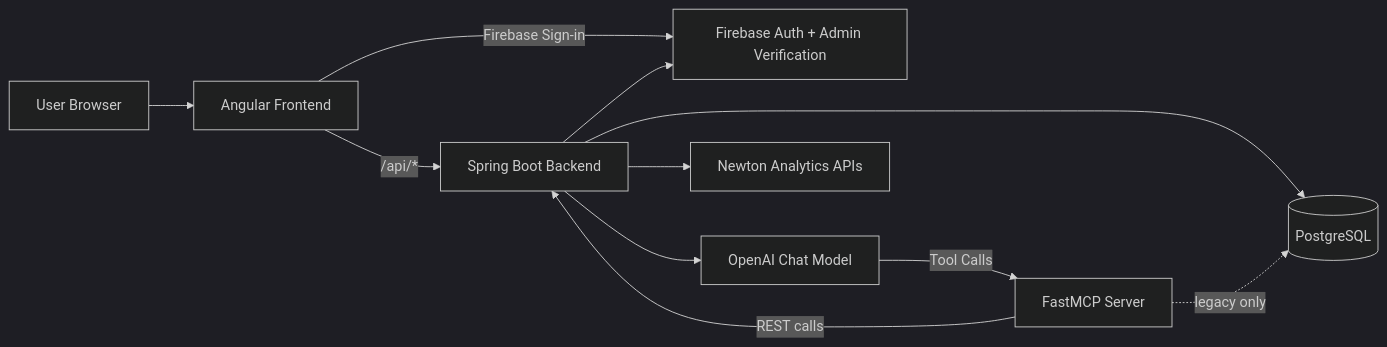
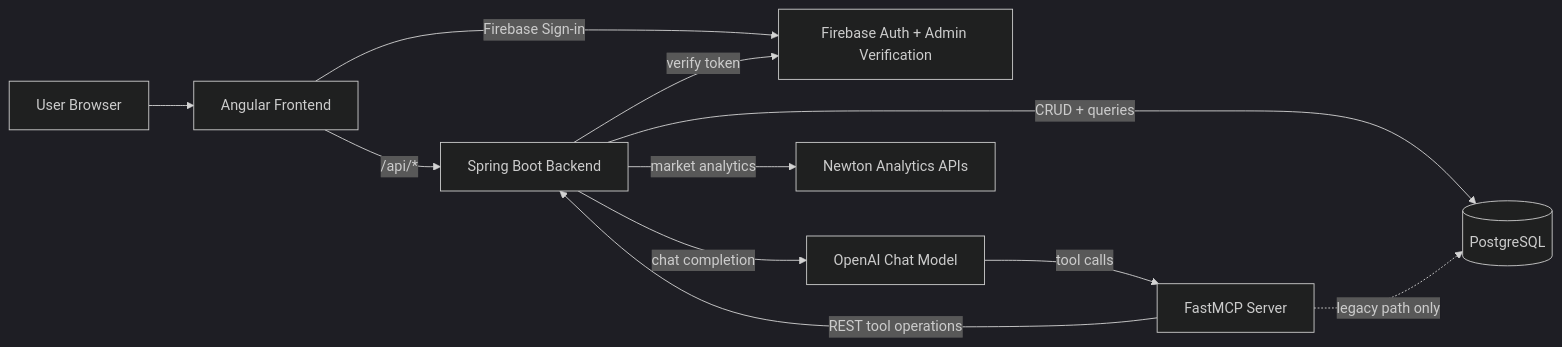
Before and after one commit to ifidone/GS-ELS-Group3: the first of 13 diagrams in README.md, drawn with Mermaid (dark theme). The commit also changed other lines of this file, not shown here.

````diff
--- a/README.md
+++ b/README.md
@@ -67,23 +82,23 @@
 ```mermaid
 flowchart LR
     U[User Browser]
     FE[Angular Frontend]
     BE[Spring Boot Backend]
     MCP[FastMCP Server]
     DB[(PostgreSQL)]
     FB[Firebase Auth + Admin Verification]
     OA[OpenAI Chat Model]
     NA[Newton Analytics APIs]
 
     U --> FE
     FE -->|/api/*| BE
     FE -->|Firebase Sign-in| FB
 
-    BE --> DB
-    BE --> FB
-    BE --> NA
-    BE --> OA
-    OA -->|Tool Calls| MCP
-    MCP -->|REST calls| BE
-    MCP -. legacy only .-> DB
+    BE -->|verify token| FB
+    BE -->|CRUD + queries| DB
+    BE -->|market analytics| NA
+    BE -->|chat completion| OA
+    OA -->|tool calls| MCP
+    MCP -->|REST tool operations| BE
+    MCP -. legacy path only .-> DB
 ```
````
